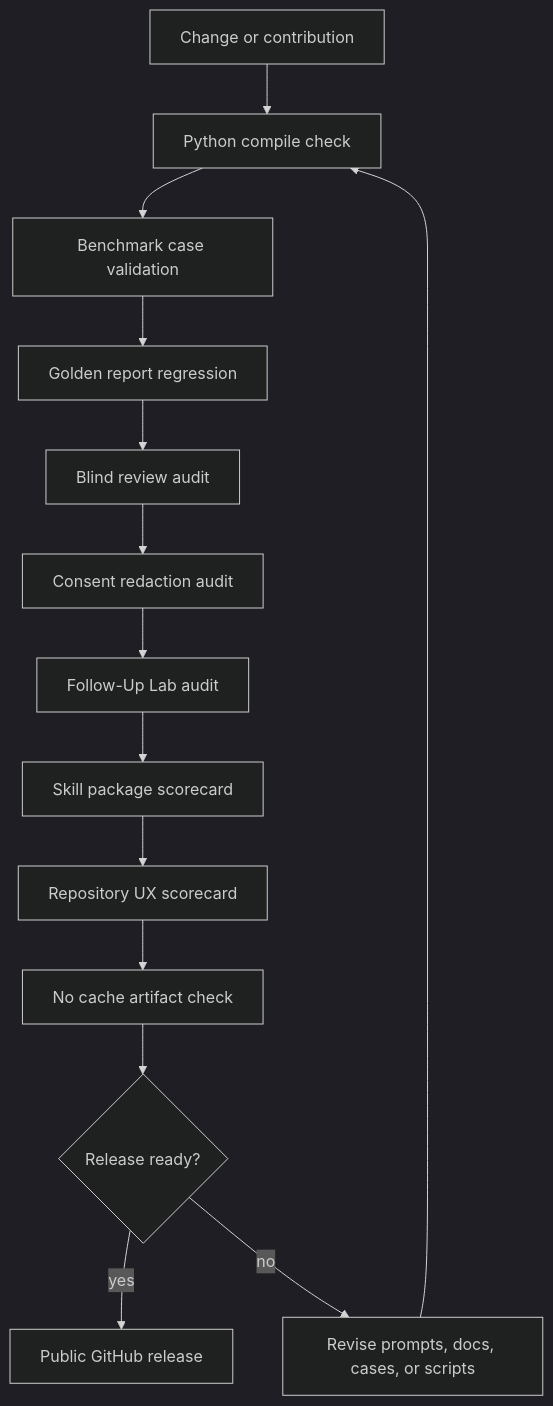
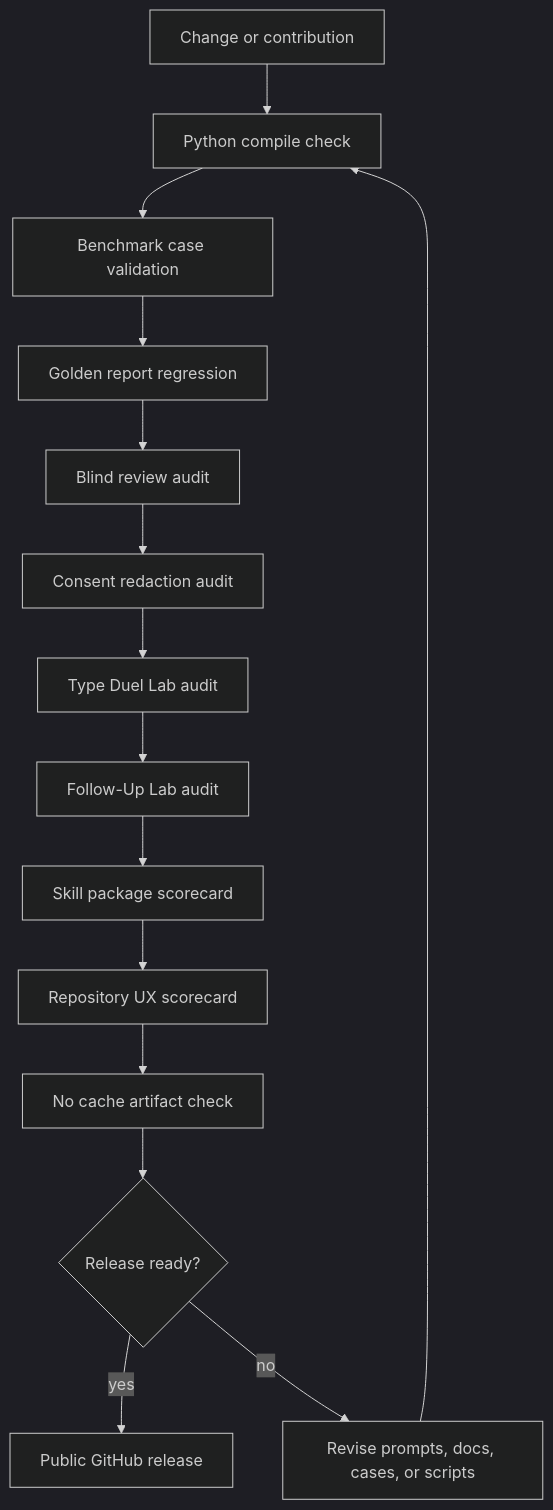
Before and after one commit to Zaoqu-Liu/mbti-typing-skill: the fourth of 5 diagrams in README.md, drawn with Mermaid (dark theme). The commit also changed other lines of this file and 20 other files, not shown here.

Commit message:
Add type duel lab

````diff
--- a/README.md
+++ b/README.md
@@ -324,16 +337,17 @@
 ```mermaid
 flowchart TD
     PR[Change or contribution] --> Compile[Python compile check]
     Compile --> Cases[Benchmark case validation]
     Cases --> Golden[Golden report regression]
     Golden --> Blind[Blind review audit]
     Blind --> Consent[Consent redaction audit]
-    Consent --> FollowUp[Follow-Up Lab audit]
+    Consent --> TypeDuel[Type Duel Lab audit]
+    TypeDuel --> FollowUp[Follow-Up Lab audit]
     FollowUp --> SkillScore[Skill package scorecard]
     SkillScore --> UXScore[Repository UX scorecard]
     UXScore --> Cache[No cache artifact check]
     Cache --> Release{Release ready?}
     Release -->|yes| Publish[Public GitHub release]
     Release -->|no| Fix[Revise prompts, docs, cases, or scripts]
     Fix --> Compile
 ```
````
